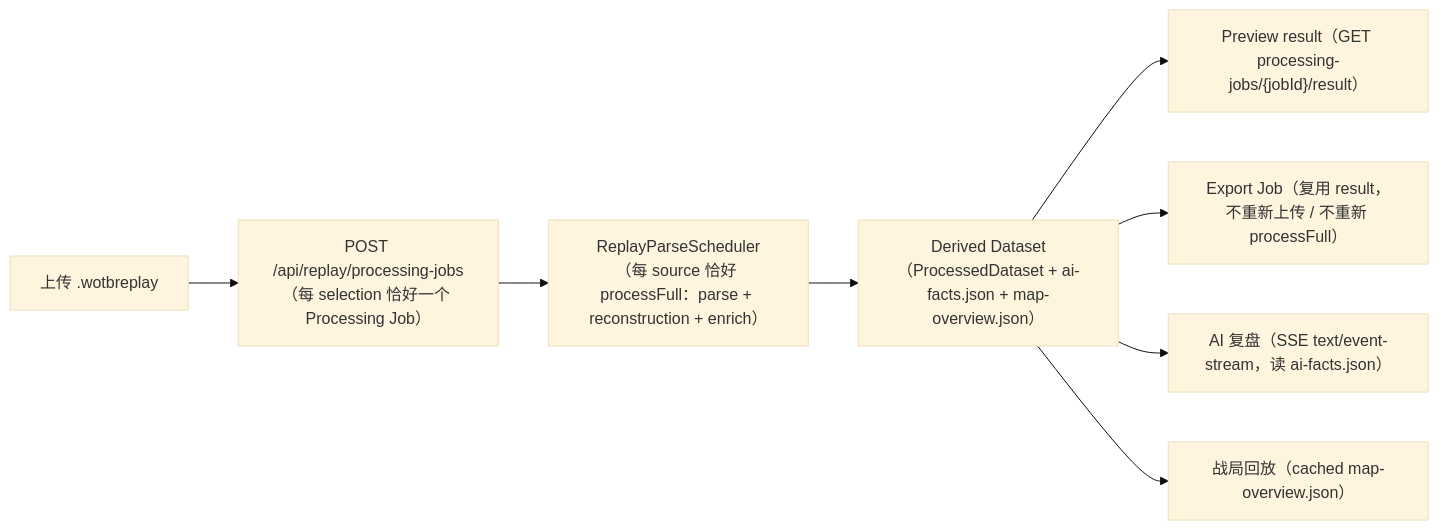
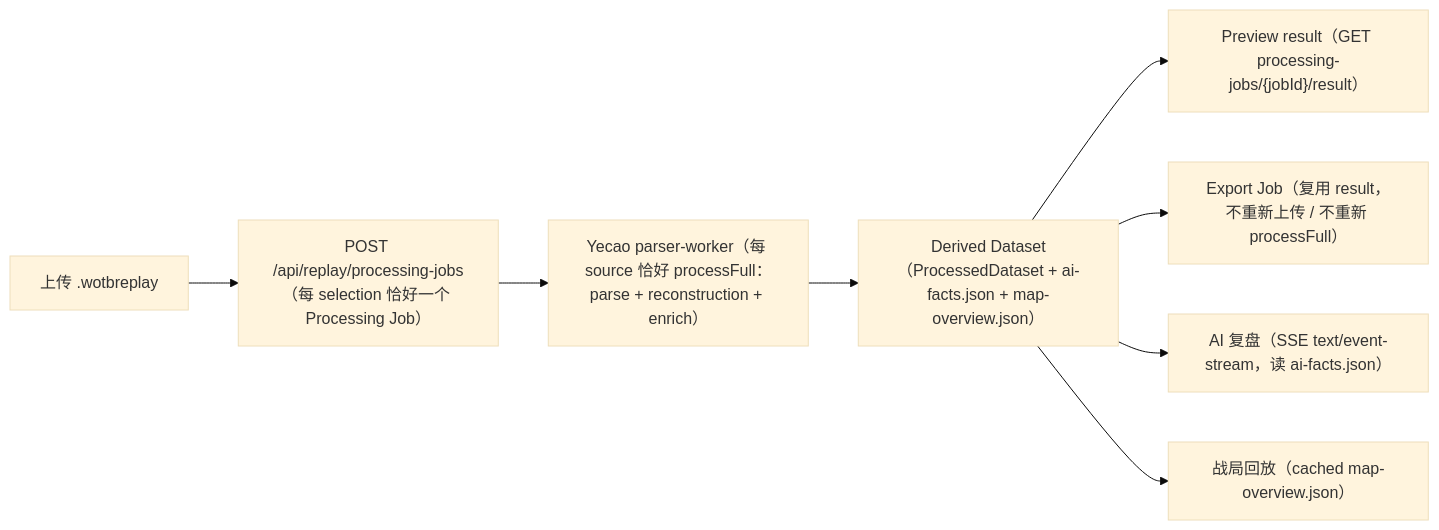
The diagram in README.md (A158Coke/WotbTools), drawn with Mermaid (base theme) before and after one commit. The commit also changed other lines of this file and 55 other files, not shown here.

````diff
--- a/README.md
+++ b/README.md
@@ -19,10 +19,10 @@
 ```mermaid
 flowchart LR
     A["上传 .wotbreplay"] --> B["POST /api/replay/processing-jobs（每 selection 恰好一个 Processing Job）"]
-    B --> C["ReplayParseScheduler（每 source 恰好 processFull：parse + reconstruction + enrich）"]
+    B --> C["Yecao parser-worker（每 source 恰好 processFull：parse + reconstruction + enrich）"]
     C --> D["Derived Dataset（ProcessedDataset + ai-facts.json + map-overview.json）"]
     D --> E["Preview result（GET processing-jobs/{jobId}/result）"]
     D --> F["Export Job（复用 result，不重新上传 / 不重新 processFull）"]
     D --> G["AI 复盘（SSE text/event-stream，读 ai-facts.json）"]
     D --> H["战局回放（cached map-overview.json）"]
 ```
````
